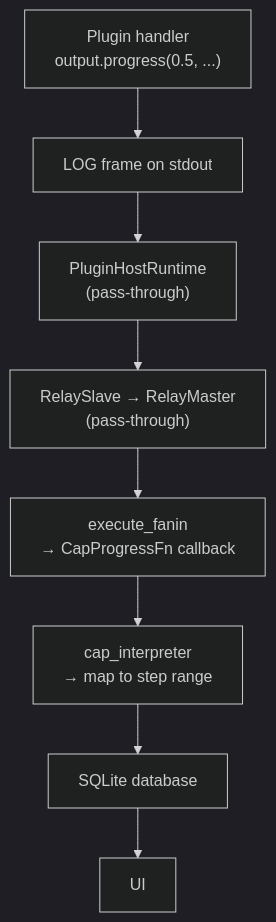
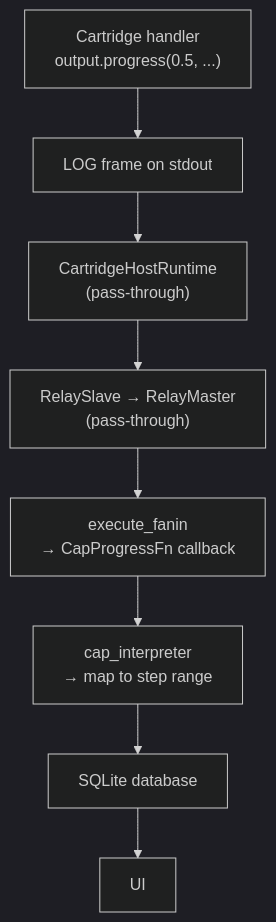
Before and after one commit to machinefabric/capns: the third of 3 diagrams in docs/13.4-PROGRESS-AND-LOGGING.md, drawn with Mermaid (dark theme). The commit also changed other lines of this file and 53 other files, not shown here.

````diff
--- a/docs/13.4-PROGRESS-AND-LOGGING.md
+++ b/docs/13.4-PROGRESS-AND-LOGGING.md
@@ -203,10 +203,10 @@
 ```mermaid
 graph TD
-    PH["Plugin handler<br/>output.progress(0.5, ...)"] --> LOG["LOG frame on stdout"]
-    LOG --> PHR["PluginHostRuntime<br/>(pass-through)"]
+    PH["Cartridge handler<br/>output.progress(0.5, ...)"] --> LOG["LOG frame on stdout"]
+    LOG --> PHR["CartridgeHostRuntime<br/>(pass-through)"]
     PHR --> RS["RelaySlave → RelayMaster<br/>(pass-through)"]
     RS --> EF["execute_fanin<br/>→ CapProgressFn callback"]
     EF --> CI["cap_interpreter<br/>→ map to step range"]
     CI --> DB["SQLite database"]
     DB --> UI["UI"]
 ```
````
